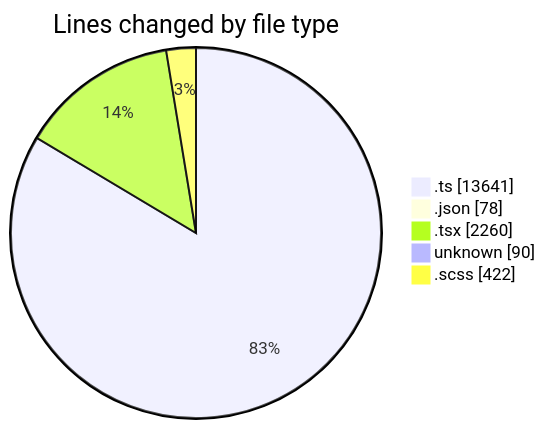
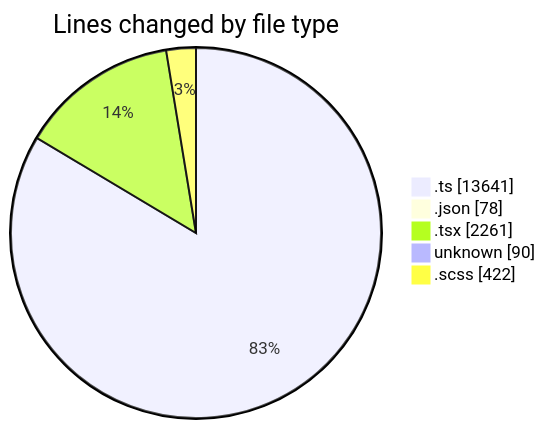
The first of 2 diagrams in 2025-08-29/cda/README.md (momahboobian/code-tracking), drawn with Mermaid before and after one commit. The commit also changed other lines of this file and 1 other file, not shown here.

````diff
--- a/2025-08-29/cda/README.md
+++ b/2025-08-29/cda/README.md
@@ -34,9 +34,9 @@
 ```mermaid
 pie showData
 title Lines changed by file type
 ".ts" : 13641
 ".json" : 78
-".tsx" : 2260
+".tsx" : 2261
 "unknown" : 90
 ".scss" : 422
 ```
````
